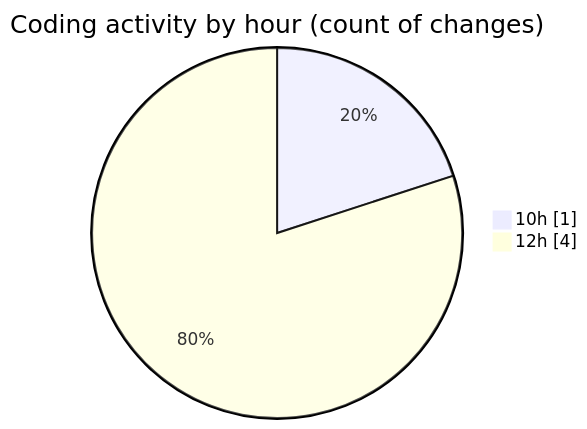
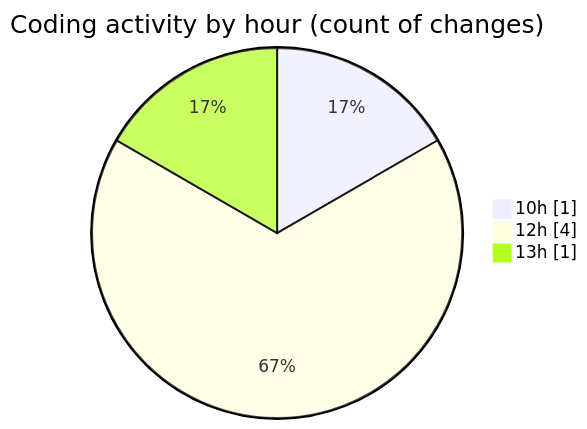
Before and after one commit to Ritupan-Deka/code-tracking: the second of 2 diagrams in 2025-07-09/urlwebwala_intership_work/README.md, drawn with Mermaid. The commit also changed other lines of this file and 1 other file, not shown here.

````diff
--- a/2025-07-09/urlwebwala_intership_work/README.md
+++ b/2025-07-09/urlwebwala_intership_work/README.md
@@ -28,6 +28,7 @@
 ```mermaid
 pie showData
 title Coding activity by hour (count of changes)
 "10h" : 1
 "12h" : 4
+"13h" : 1
 ```
````
